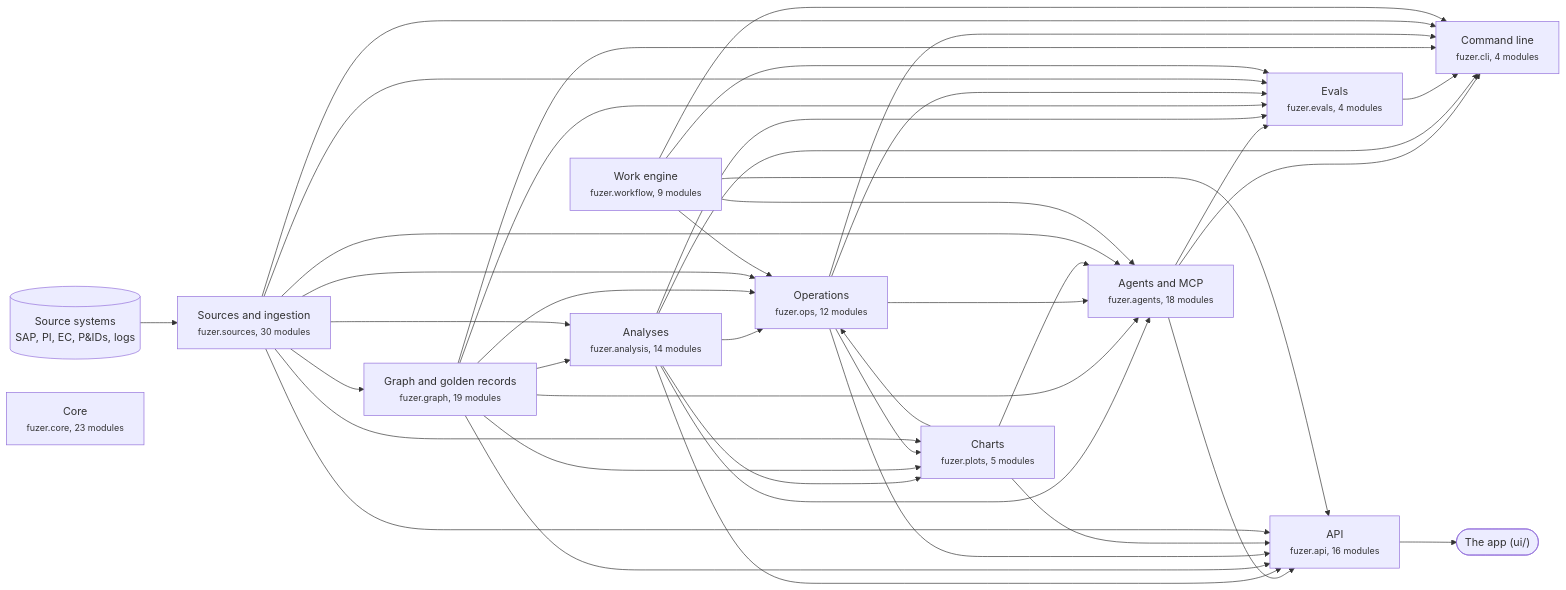
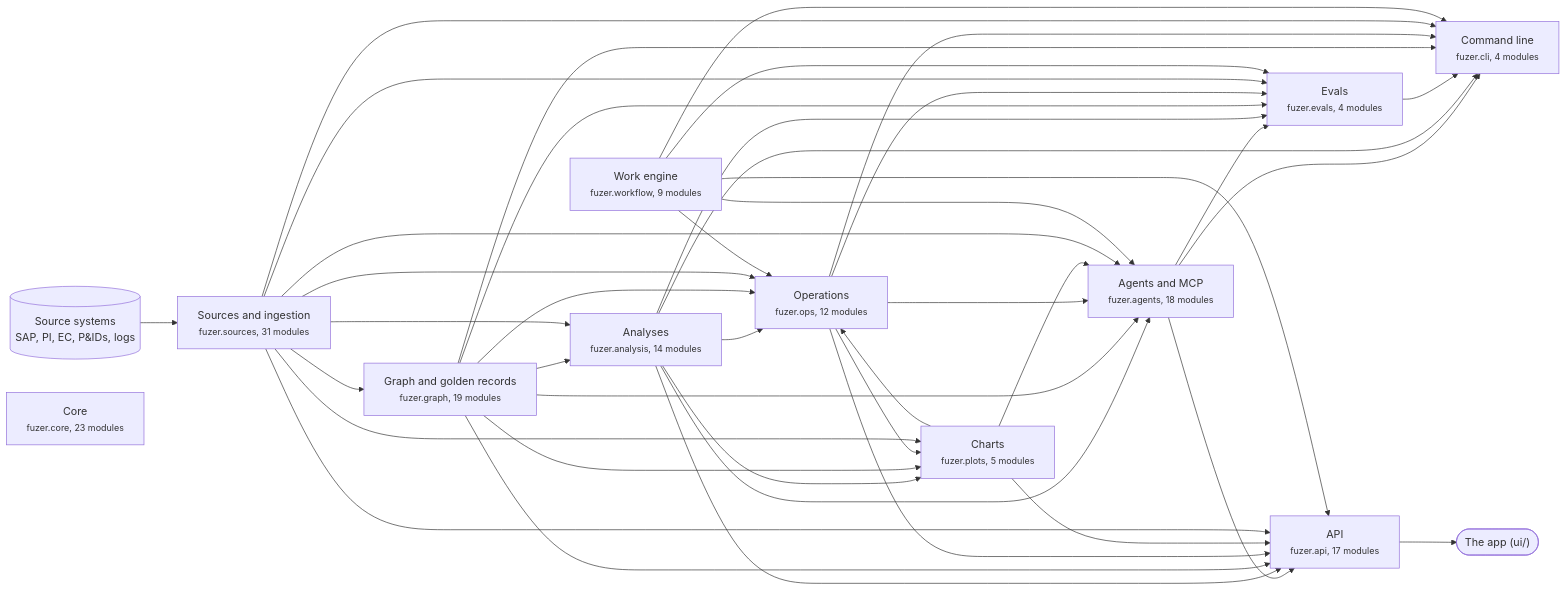
The first of 3 diagrams in docs/architecture.md (areed145/fuzer), drawn with Mermaid before and after one commit. The commit also changed other lines of this file and 24 other files, not shown here.

````diff
--- a/docs/architecture.md
+++ b/docs/architecture.md
@@ -8,66 +8,66 @@
 ```mermaid
 flowchart LR
   systems[("Source systems<br>SAP, PI, EC, P&IDs, logs")] --> c_sources
   app(["The app (ui/)"])
   c_api --> app
-  c_sources["Sources and ingestion<br><small>fuzer.sources, 30 modules</small>"]
+  c_sources["Sources and ingestion<br><small>fuzer.sources, 31 modules</small>"]
   c_graph["Graph and golden records<br><small>fuzer.graph, 19 modules</small>"]
   c_analysis["Analyses<br><small>fuzer.analysis, 14 modules</small>"]
   c_ops["Operations<br><small>fuzer.ops, 12 modules</small>"]
   c_plots["Charts<br><small>fuzer.plots, 5 modules</small>"]
   c_workflow["Work engine<br><small>fuzer.workflow, 9 modules</small>"]
   c_agents["Agents and MCP<br><small>fuzer.agents, 18 modules</small>"]
   c_evals["Evals<br><small>fuzer.evals, 4 modules</small>"]
-  c_api["API<br><small>fuzer.api, 16 modules</small>"]
+  c_api["API<br><small>fuzer.api, 17 modules</small>"]
   c_cli["Command line<br><small>fuzer.cli, 4 modules</small>"]
   c_core["Core<br><small>fuzer.core, 23 modules</small>"]
   c_sources --> c_graph
   c_graph --> c_analysis
   c_sources --> c_analysis
   c_analysis --> c_ops
   c_graph --> c_ops
   c_plots --> c_ops
   c_sources --> c_ops
   c_workflow --> c_ops
   c_analysis --> c_plots
   c_graph --> c_plots
   c_ops --> c_plots
   c_sources --> c_plots
   c_analysis --> c_agents
   c_graph --> c_agents
   c_ops --> c_agents
   c_plots --> c_agents
   c_sources --> c_agents
   c_workflow --> c_agents
   c_agents --> c_evals
   c_analysis --> c_evals
   c_graph --> c_evals
   c_ops --> c_evals
   c_sources --> c_evals
   c_workflow --> c_evals
   c_agents --> c_api
   c_analysis --> c_api
   c_graph --> c_api
   c_ops --> c_api
   c_plots --> c_api
   c_sources --> c_api
   c_workflow --> c_api
   c_agents --> c_cli
   c_analysis --> c_cli
   c_evals --> c_cli
   c_graph --> c_cli
   c_ops --> c_cli
   c_sources --> c_cli
   c_workflow --> c_cli
   click c_sources "https://github.com/areed145/fuzer/tree/main/src/fuzer/sources"
   click c_graph "https://github.com/areed145/fuzer/tree/main/src/fuzer/graph"
   click c_analysis "https://github.com/areed145/fuzer/tree/main/src/fuzer/analysis"
   click c_ops "https://github.com/areed145/fuzer/tree/main/src/fuzer/ops"
   click c_plots "https://github.com/areed145/fuzer/tree/main/src/fuzer/plots"
   click c_workflow "https://github.com/areed145/fuzer/tree/main/src/fuzer/workflow"
   click c_agents "https://github.com/areed145/fuzer/tree/main/src/fuzer/agents"
   click c_evals "https://github.com/areed145/fuzer/tree/main/src/fuzer/evals"
   click c_api "https://github.com/areed145/fuzer/tree/main/src/fuzer/api"
   click c_cli "https://github.com/areed145/fuzer/tree/main/src/fuzer/cli"
   click c_core "https://github.com/areed145/fuzer/tree/main/src/fuzer/core"
 ```
````
